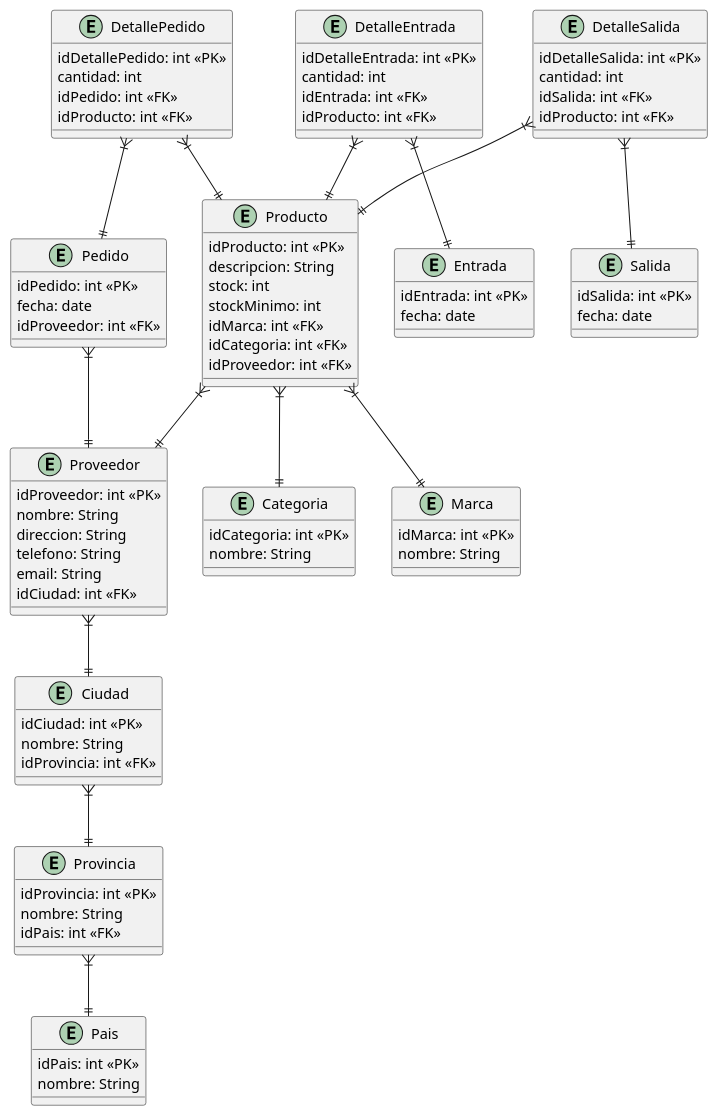
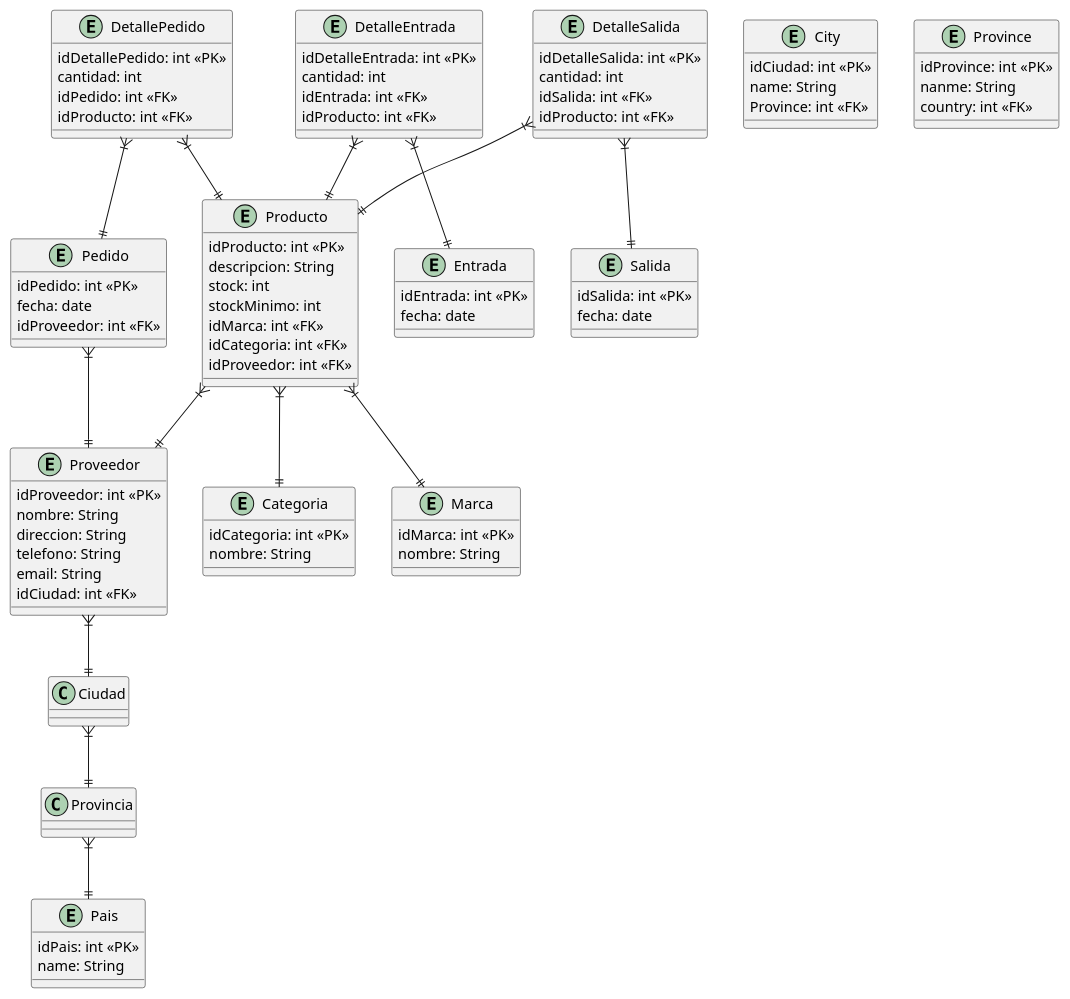
The diagram in Diagramas/Diagrama de Entidad Relacion.puml (MartinCostamagna/ControlDeStock), drawn with PlantUML before and after one commit. The commit also changed 24 other files, not shown here.

Commit message:
Ciudad, provincia y pais entity y dto

```diff
--- a/Diagramas/Diagrama de Entidad Relacion.puml
+++ b/Diagramas/Diagrama de Entidad Relacion.puml
@@ -1,99 +1,99 @@
 @startuml Diagrama de Entidad Relacion
 entity Producto {
     idProducto: int <<PK>>
     descripcion: String
     stock: int
     stockMinimo: int
     idMarca: int <<FK>>
     idCategoria: int <<FK>>
     idProveedor: int <<FK>>
 }
 
 entity Marca {
     idMarca: int <<PK>>
     nombre: String
 }
 
 entity Categoria {
     idCategoria: int <<PK>>
     nombre: String
 }
 
 entity Proveedor {
     idProveedor: int <<PK>>
     nombre: String
     direccion: String
     telefono: String
     email: String
     idCiudad: int <<FK>>
 }
 
-entity Ciudad {
+entity City {
     idCiudad: int <<PK>>
-    nombre: String
-    idProvincia: int <<FK>>
+    name: String
+    Province: int <<FK>>
 }
 
-entity Provincia {
-    idProvincia: int <<PK>>
-    nombre: String
-    idPais: int <<FK>>
+entity Province {
+    idProvince: int <<PK>>
+    nanme: String
+    country: int <<FK>>
 }
 
 entity Pais {
     idPais: int <<PK>>
-    nombre: String
+    name: String
 }
 
 entity Pedido {
     idPedido: int <<PK>>
     fecha: date
     idProveedor: int <<FK>>
 }
 
 entity DetallePedido {
     idDetallePedido: int <<PK>>
     cantidad: int
     idPedido: int <<FK>>
     idProducto: int <<FK>>
 }
 
 entity Entrada {
     idEntrada: int <<PK>>
     fecha: date
 }
 
 entity DetalleEntrada {
     idDetalleEntrada: int <<PK>>
     cantidad: int
     idEntrada: int <<FK>>
     idProducto: int <<FK>>
 }
 
 entity Salida {
     idSalida: int <<PK>>
     fecha: date
 }
 
 entity DetalleSalida {
     idDetalleSalida: int <<PK>>
     cantidad: int
     idSalida: int <<FK>>
     idProducto: int <<FK>>
 }
 
 Producto }|--|| Marca
 Producto }|--|| Categoria
 Producto }|--|| Proveedor
 Proveedor }|--|| Ciudad
 Ciudad }|--|| Provincia
 Provincia }|--|| Pais
 Pedido }|--|| Proveedor
 DetallePedido }|--|| Pedido
 DetallePedido }|--|| Producto
 DetalleEntrada }|--|| Entrada
 DetalleEntrada }|--|| Producto
 DetalleSalida }|--|| Salida
 DetalleSalida }|--|| Producto
 
 @enduml
```
